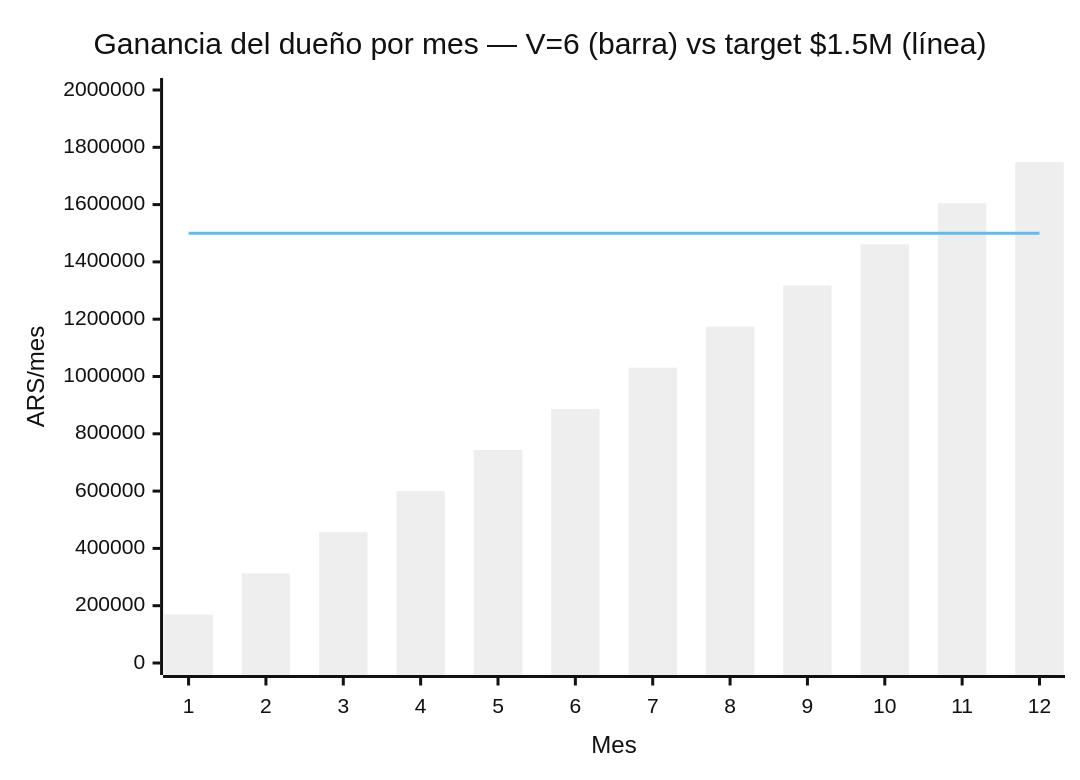
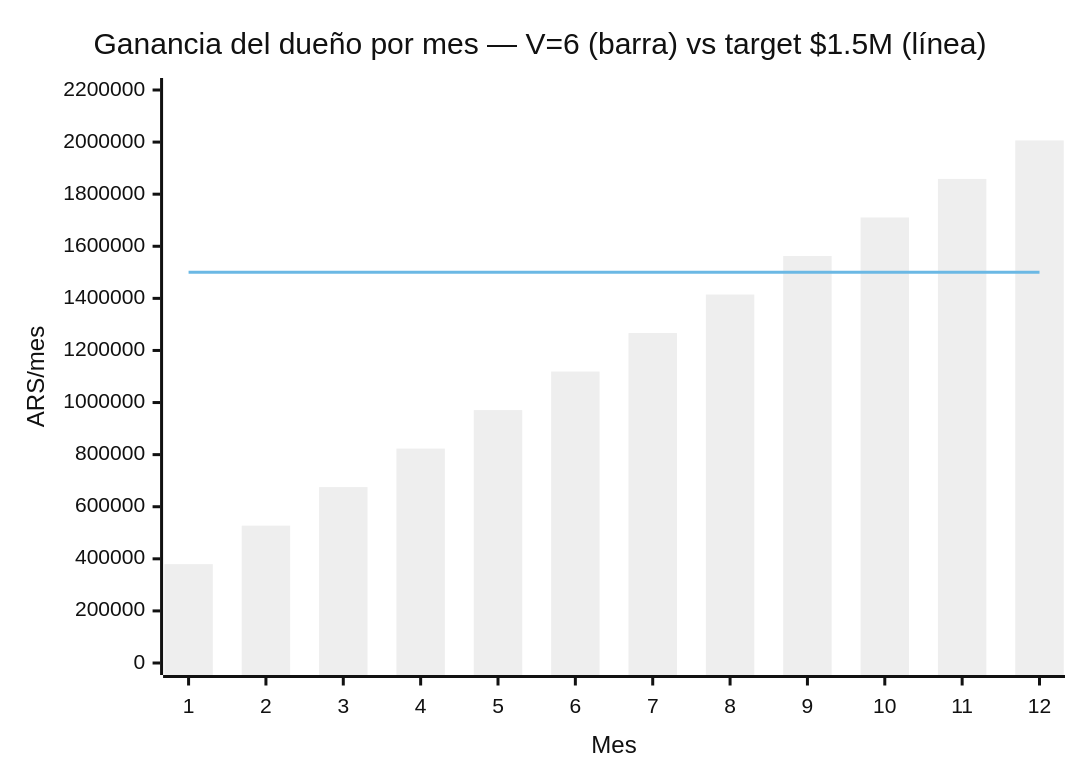
Before and after one commit to dantofema/comercial: the first of 3 diagrams in vinotecas/lsp-vendedor.md, drawn with Mermaid (neutral theme). The commit also changed other lines of this file and 1 other file, not shown here.

````diff
--- a/vinotecas/lsp-vendedor.md
+++ b/vinotecas/lsp-vendedor.md
@@ -117,8 +117,8 @@
 ```mermaid
 xychart-beta
     title "Ganancia del dueño por mes — V=6 (barra) vs target $1.5M (línea)"
     x-axis "Mes" [1,2,3,4,5,6,7,8,9,10,11,12]
-    y-axis "ARS/mes" 0 --> 2000000
-    bar [169350,312900,456450,600000,743550,887100,1030650,1174200,1317750,1461300,1604850,1748400]
+    y-axis "ARS/mes" 0 --> 2200000
+    bar [379500,527400,675300,823200,971100,1119000,1266900,1414800,1562700,1710600,1858500,2006400]
     line [1500000,1500000,1500000,1500000,1500000,1500000,1500000,1500000,1500000,1500000,1500000,1500000]
 ```
````
